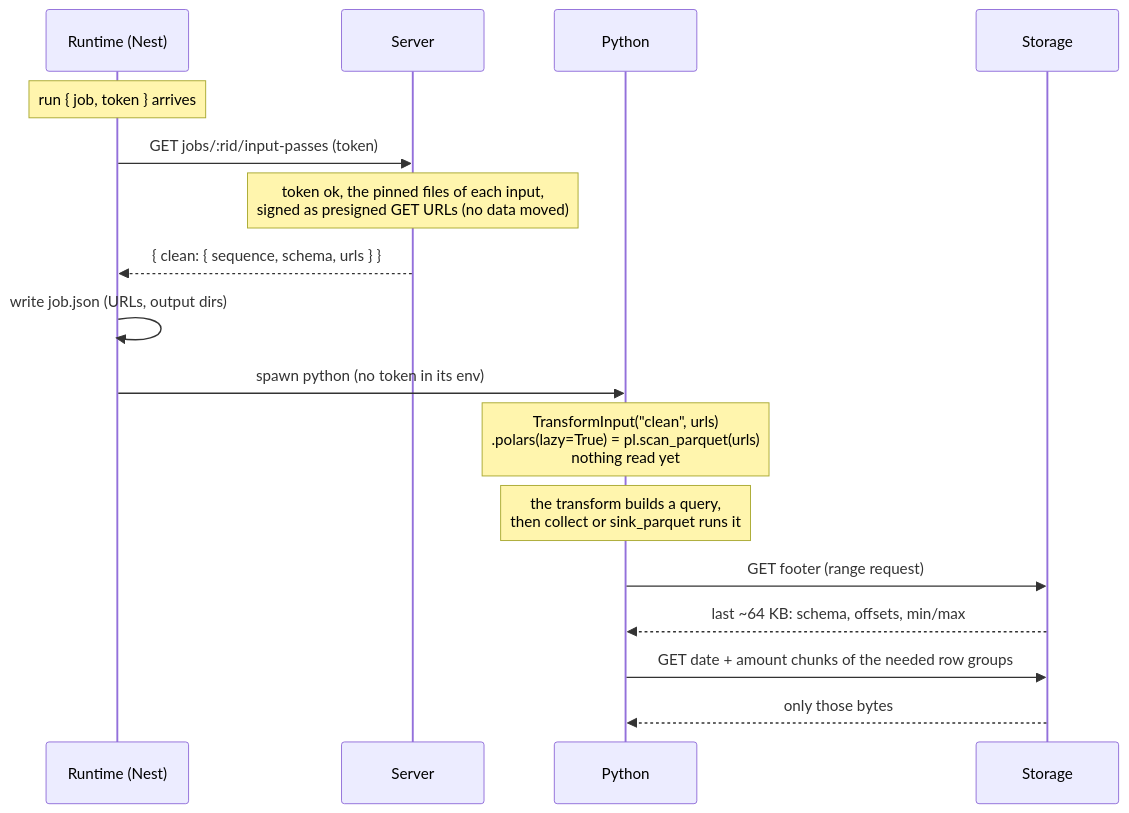
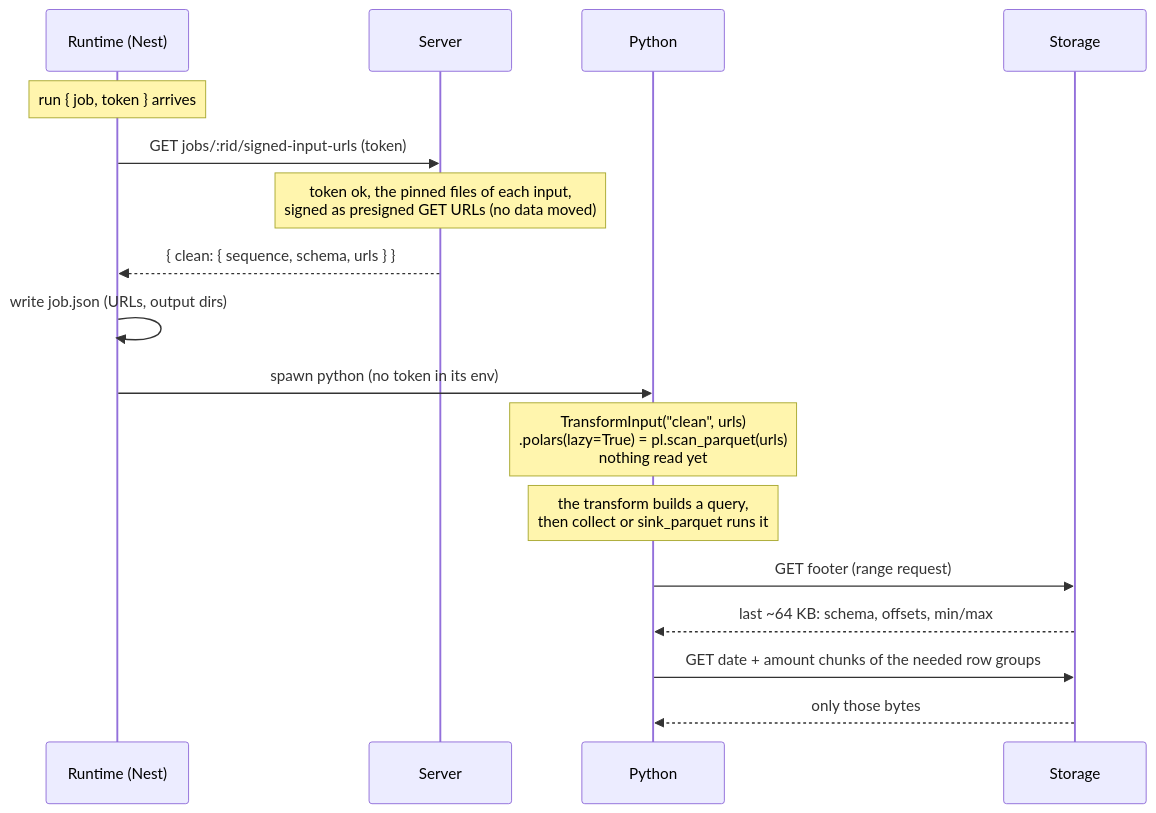
One commit to RolandTeslaru/Quarry changed the ninth of 15 diagrams in docs/design/forge-runtimes.md. Above: the diagram before and after it, drawn with Mermaid. The commit also changed other lines of this file and 9 other files, not shown here.

````diff
--- a/docs/design/forge-runtimes.md
+++ b/docs/design/forge-runtimes.md
@@ -281,20 +281,20 @@
 ```mermaid
 sequenceDiagram
     participant R as Runtime (Nest)
     participant S as Server
     participant P as Python
     participant O as Storage
 
     Note over R: run { job, token } arrives
-    R->>S: GET jobs/:rid/input-passes (token)
+    R->>S: GET jobs/:rid/signed-input-urls (token)
     Note over S: token ok, the pinned files of each input,<br/>signed as presigned GET URLs (no data moved)
     S-->>R: { clean: { sequence, schema, urls } }
     R->>R: write job.json (URLs, output dirs)
     R->>P: spawn python (no token in its env)
     Note over P: TransformInput("clean", urls)<br/>.polars(lazy=True) = pl.scan_parquet(urls)<br/>nothing read yet
     Note over P: the transform builds a query,<br/>then collect or sink_parquet runs it
     P->>O: GET footer (range request)
     O-->>P: last ~64 KB: schema, offsets, min/max
     P->>O: GET date + amount chunks of the needed row groups
     O-->>P: only those bytes
 ```
````
